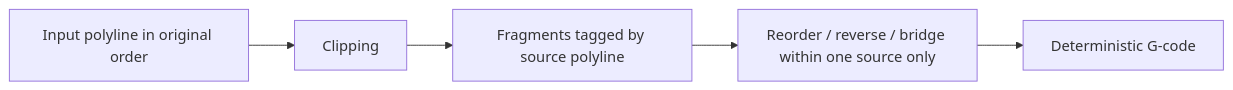
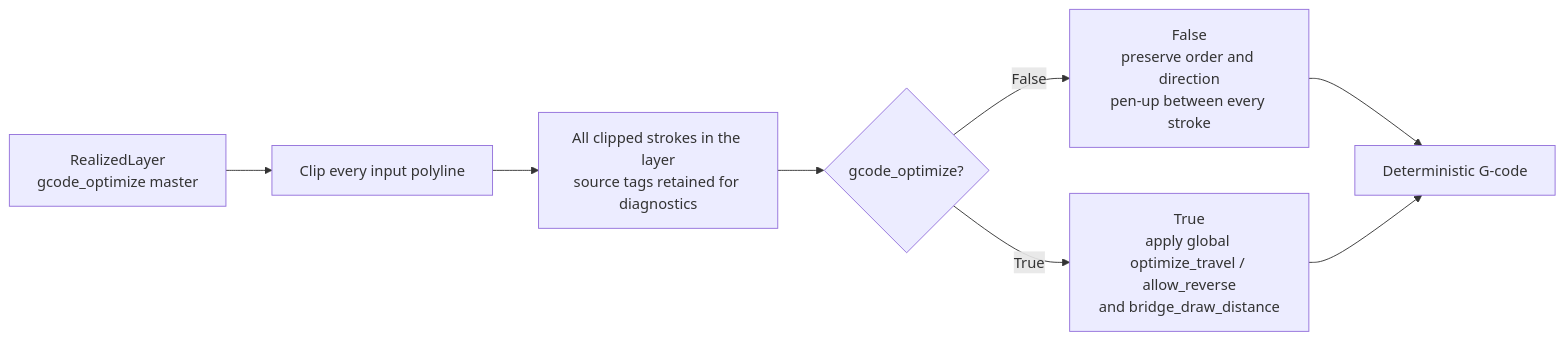
Before and after one commit to tyhts0829/graft: diagram 22 of 25 in docs/architecture_visualization.md, drawn with Mermaid. The commit also changed other lines of this file and 22 other files, not shown here.

````diff
--- a/docs/architecture_visualization.md
+++ b/docs/architecture_visualization.md
@@ -647,10 +647,14 @@
 ```mermaid
 flowchart LR
-    source["Input polyline in original order"]
-    clip["Clipping"]
-    fragments["Fragments tagged by source polyline"]
-    local["Reorder / reverse / bridge within one source only"]
+    layer["RealizedLayer<br/>gcode_optimize master"]
+    clip["Clip every input polyline"]
+    strokes["All clipped strokes in the layer<br/>source tags retained for diagnostics"]
+    master{"gcode_optimize?"}
+    preserve["False<br/>preserve order and direction<br/>pen-up between every stroke"]
+    configured["True<br/>apply global optimize_travel / allow_reverse<br/>and bridge_draw_distance"]
     emit["Deterministic G-code"]
 
-    source --> clip --> fragments --> local --> emit
+    layer --> clip --> strokes --> master
+    master -->|"False"| preserve --> emit
+    master -->|"True"| configured --> emit
 ```
````
